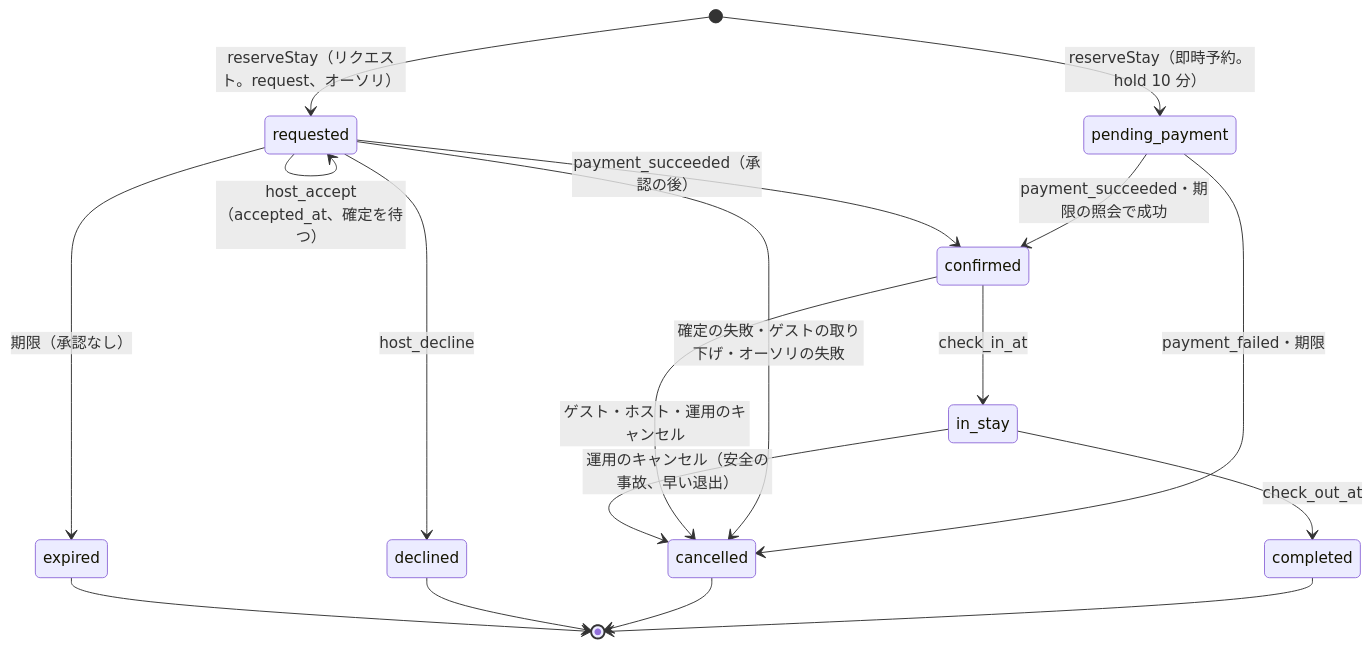
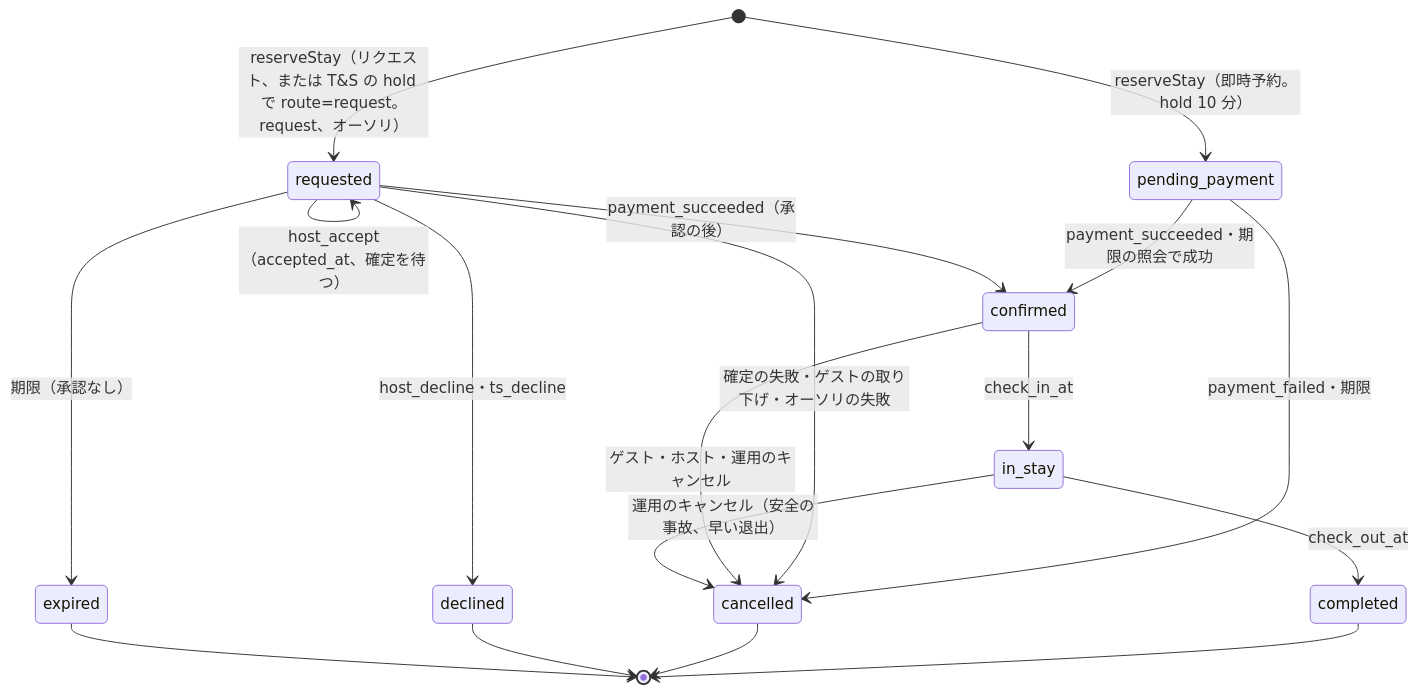
Before and after one commit to shoito/rebuilds: the first of 2 diagrams in systems/airbnb/docs/architecture/booking-and-holds.md, drawn with Mermaid. The commit also changed other lines of this file and 48 other files, not shown here.

````diff
--- a/systems/airbnb/docs/architecture/booking-and-holds.md
+++ b/systems/airbnb/docs/architecture/booking-and-holds.md
@@ -66,20 +67,20 @@
 ```mermaid
 stateDiagram-v2
     [*] --> pending_payment: reserveStay（即時予約。hold 10 分）
-    [*] --> requested: reserveStay（リクエスト。request、オーソリ）
+    [*] --> requested: reserveStay（リクエスト、または T&S の hold で route=request。request、オーソリ）
     pending_payment --> confirmed: payment_succeeded・期限の照会で成功
     pending_payment --> cancelled: payment_failed・期限
     requested --> requested: host_accept（accepted_at、確定を待つ）
     requested --> confirmed: payment_succeeded（承認の後）
     requested --> cancelled: 確定の失敗・ゲストの取り下げ・オーソリの失敗
-    requested --> declined: host_decline
+    requested --> declined: host_decline・ts_decline
     requested --> expired: 期限（承認なし）
     confirmed --> in_stay: check_in_at
     confirmed --> cancelled: ゲスト・ホスト・運用のキャンセル
     in_stay --> completed: check_out_at
     in_stay --> cancelled: 運用のキャンセル（安全の事故、早い退出）
     completed --> [*]
     cancelled --> [*]
     declined --> [*]
     expired --> [*]
 ```
````
